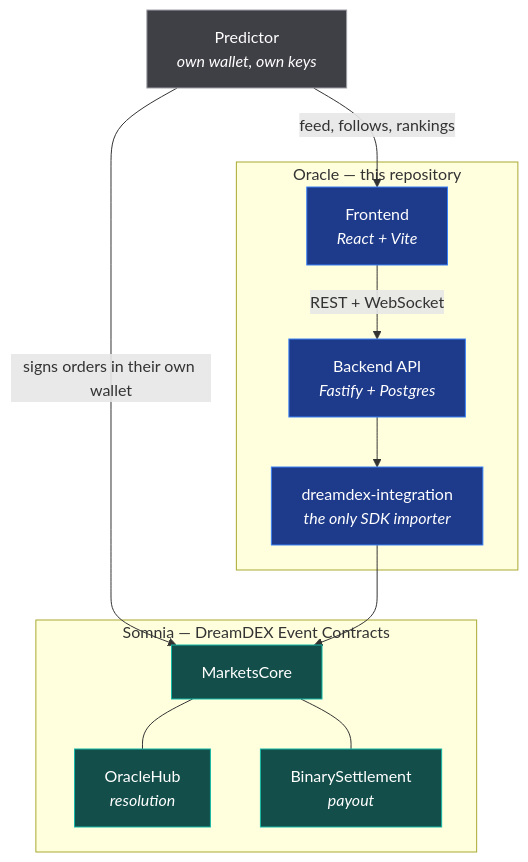
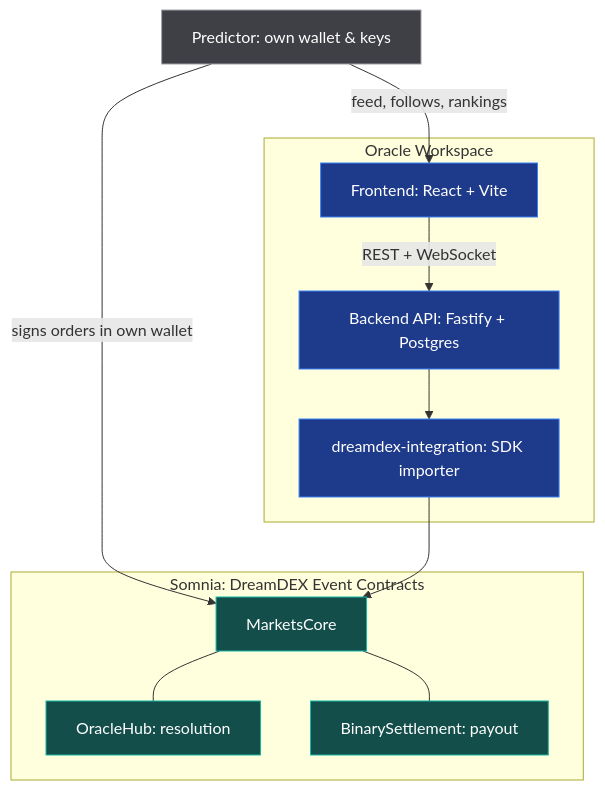
One commit to midexol/Oracle changed the second of 2 diagrams in README.md. Above: the diagram before and after it, drawn with Mermaid. The commit also changed other lines of this file and 4 other files, not shown here.

Commit message:
Fix Mermaid diagrams rendering across documentation and add dev:frontend script

````diff
--- a/README.md
+++ b/README.md
@@ -49,30 +49,31 @@
 ```mermaid
-graph TB
-    U["Predictor<br/><i>own wallet, own keys</i>"]
+flowchart TB
+    U["Predictor: own wallet & keys"]
 
-    subgraph oracle["Oracle — this repository"]
-        FE["Frontend<br/><i>React + Vite</i>"]
-        BE["Backend API<br/><i>Fastify + Postgres</i>"]
-        DDX["dreamdex-integration<br/><i>the only SDK importer</i>"]
+    subgraph oracle["Oracle Workspace"]
+        FE["Frontend: React + Vite"]
+        BE["Backend API: Fastify + Postgres"]
+        DDX["dreamdex-integration: SDK importer"]
     end
 
-    subgraph somnia["Somnia — DreamDEX Event Contracts"]
+    subgraph somnia["Somnia: DreamDEX Event Contracts"]
         MC["MarketsCore"]
-        OH["OracleHub<br/><i>resolution</i>"]
-        BS["BinarySettlement<br/><i>payout</i>"]
+        OH["OracleHub: resolution"]
+        BS["BinarySettlement: payout"]
     end
 
     U -->|"feed, follows, rankings"| FE
-    U -->|"signs orders in their own wallet"| MC
+    U -->|"signs orders in own wallet"| MC
     FE -->|"REST + WebSocket"| BE
-    BE --> DDX --> MC
+    BE --> DDX
+    DDX --> MC
     MC --- OH
     MC --- BS
 
     classDef ora fill:#1e3a8a,stroke:#3b82f6,color:#ffffff
     classDef som fill:#134e4a,stroke:#14b8a6,color:#ffffff
     classDef usr fill:#3f3f46,stroke:#a1a1aa,color:#ffffff
     class FE,BE,DDX ora
     class MC,OH,BS som
     class U usr
 ```
````
